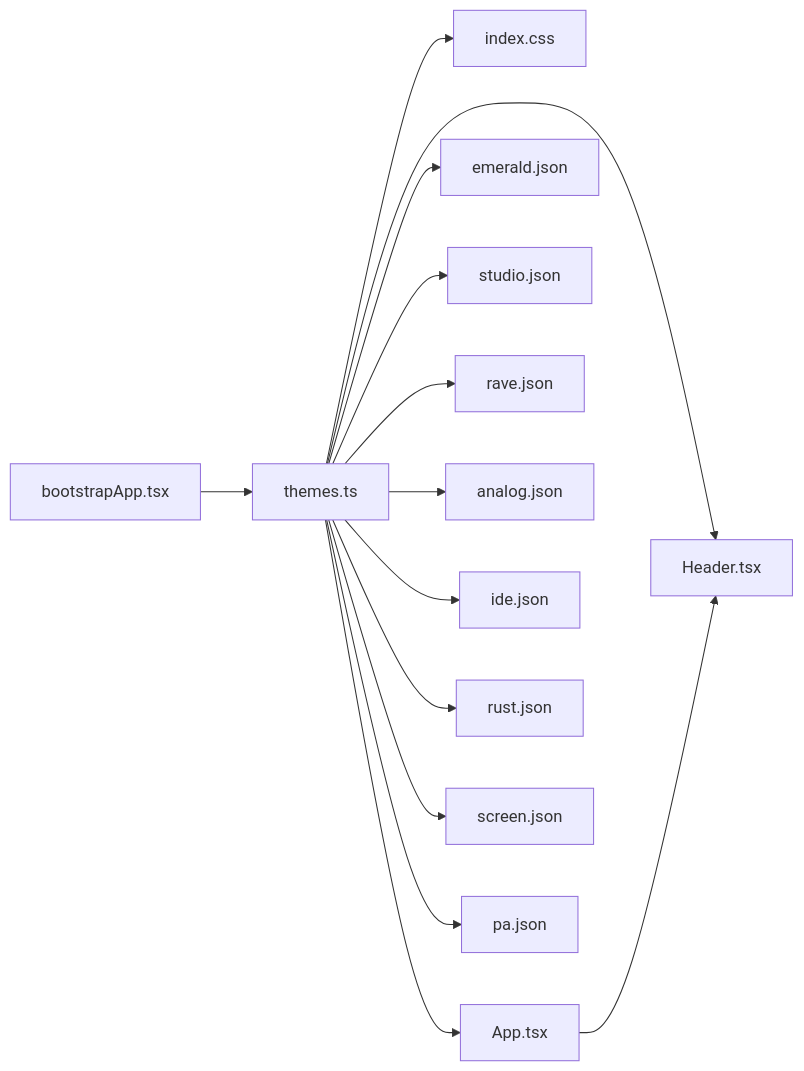
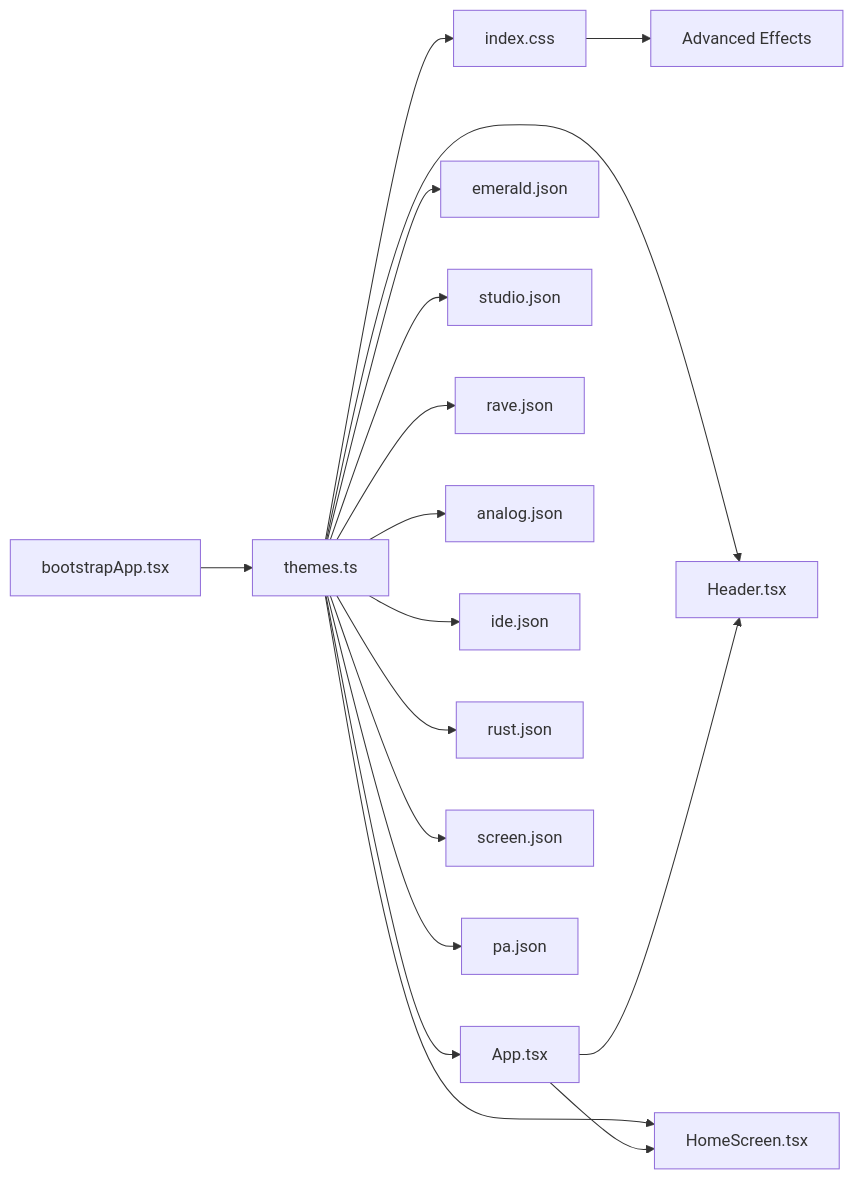
The seventh of 7 diagrams in .qoder/repowiki/en/content/Theming & UI System.md (satyrlord/mixjam-electron), drawn with Mermaid before and after one commit. The commit also changed other lines of this file and 37 other files, not shown here.

````diff
--- a/.qoder/repowiki/en/content/Theming & UI System.md
+++ b/.qoder/repowiki/en/content/Theming & UI System.md
@@ -370,16 +462,19 @@
 ```mermaid
 graph LR
 Themes["themes.ts"] --> CSS["index.css"]
 Themes --> Header["Header.tsx"]
+Themes --> HomeScreen["HomeScreen.tsx"]
 Themes --> App["App.tsx"]
 App --> Header
+App --> HomeScreen
 Bootstrap["bootstrapApp.tsx"] --> Themes
 Themes --> Emerald["emerald.json"]
 Themes --> Studio["studio.json"]
 Themes --> Rave["rave.json"]
 Themes --> Analog["analog.json"]
 Themes --> Ide["ide.json"]
 Themes --> Rust["rust.json"]
 Themes --> Screen["screen.json"]
 Themes --> Pa["pa.json"]
+CSS --> Effects["Advanced Effects"]
 ```
````
